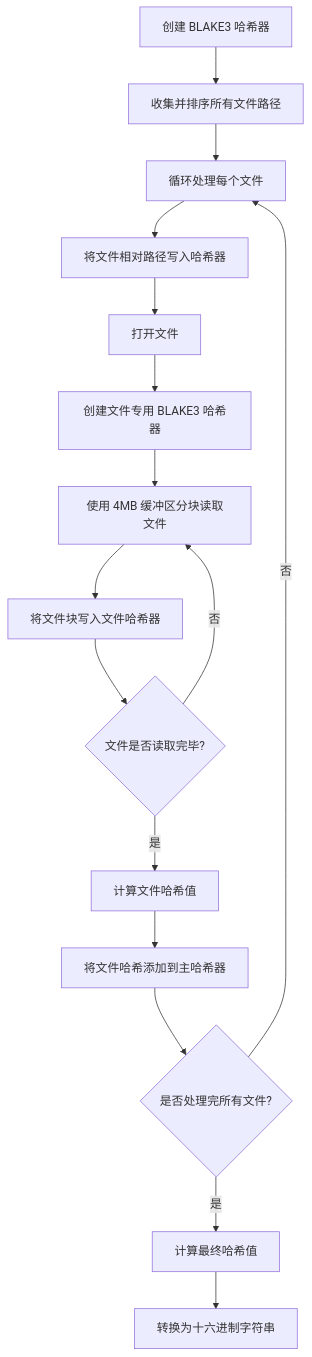
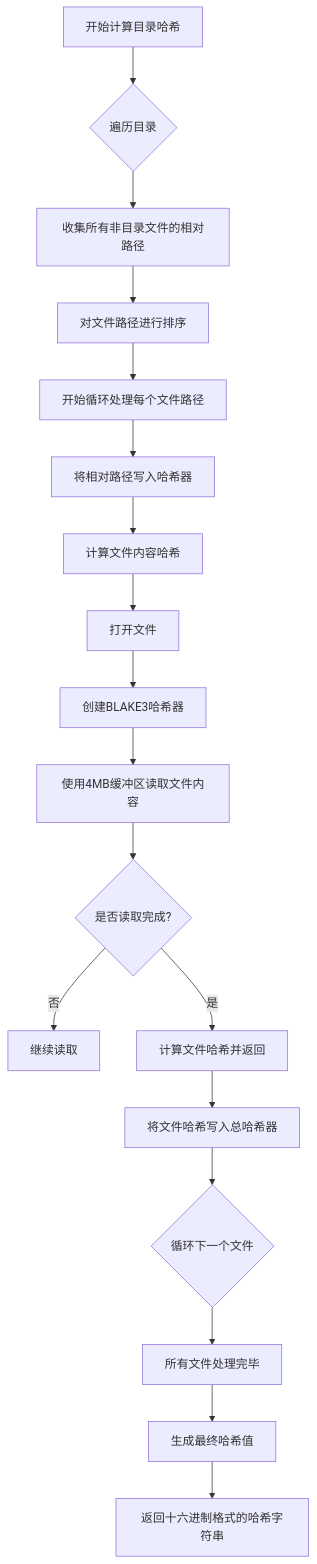
Before and after one commit to yingjianzh/iodraw-files: the diagram in all/未命名-60.md, drawn with Mermaid.

Commit message:
2025-05-15 14:26:19 update

````diff
--- a/all/未命名-60.md
+++ b/all/未命名-60.md
@@ -1,24 +1,24 @@
 ```mermaid
-flowchart TD
-    A[创建 BLAKE3 哈希器] --> B[收集并排序所有文件路径]
-    B --> C[循环处理每个文件]
-    
-    C --> D[将文件相对路径写入哈希器]
-    D --> E[打开文件]
-    E --> F[创建文件专用 BLAKE3 哈希器]
-    
-    F --> G[使用 4MB 缓冲区分块读取文件]
-    G --> H[将文件块写入文件哈希器]
-    H --> I{文件是否读取完毕?}
-    
-    I -->|否| G
-    I -->|是| J[计算文件哈希值]
-    
-    J --> K[将文件哈希添加到主哈希器]
-    K --> L{是否处理完所有文件?}
-    
-    L -->|否| C
-    L -->|是| M[计算最终哈希值]
-    
-    M --> N[转换为十六进制字符串]
+graph TD
+    A[开始计算目录哈希] --> B{遍历目录}
+    B --> C[收集所有非目录文件的相对路径]
+    C --> D[对文件路径进行排序]
+
+    D --> E[开始循环处理每个文件路径]
+    E --> F[将相对路径写入哈希器]
+    F --> G[计算文件内容哈希]
+    G --> H[打开文件]
+    H --> I[创建BLAKE3哈希器]
+    I --> J[使用4MB缓冲区读取文件内容]
+    J --> K{是否读取完成?}
+    K -->|否| L[继续读取]
+    K -->|是| M[计算文件哈希并返回]
+
+    M --> N[将文件哈希写入总哈希器]
+    N --> O{循环下一个文件}
+
+    O --> P[所有文件处理完毕]
+    P --> Q[生成最终哈希值]
+    Q --> R[返回十六进制格式的哈希字符串]
+
 ```
````
